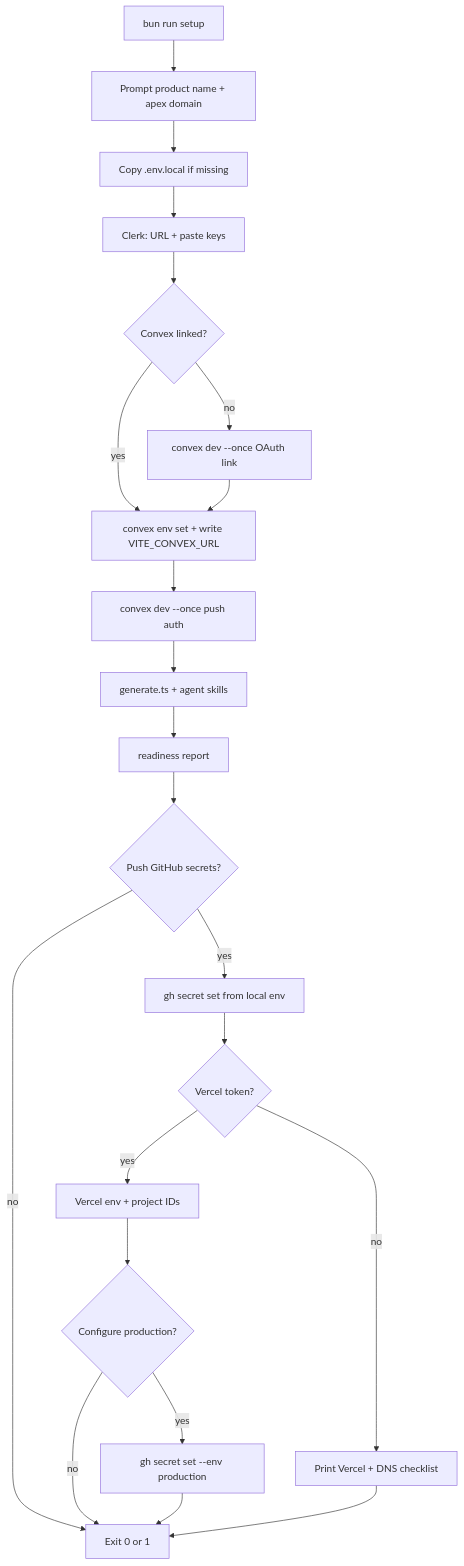
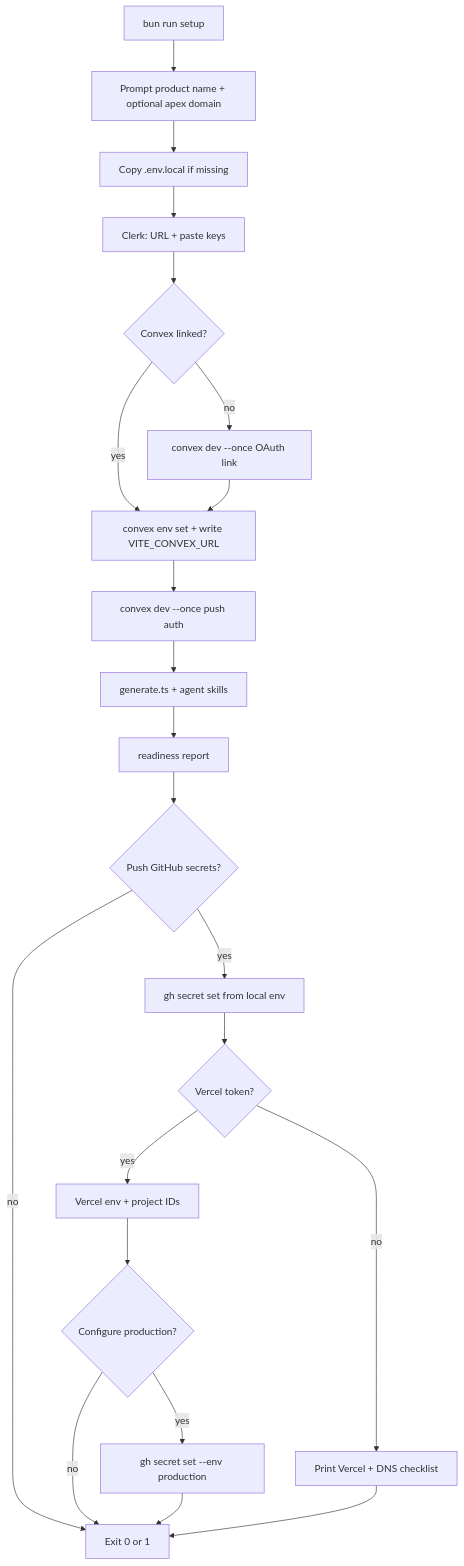
The diagram in docs/setup-automation.md (PeterHewat/Reactor), drawn with Mermaid before and after one commit. The commit also changed other lines of this file and 61 other files, not shown here.

````diff
--- a/docs/setup-automation.md
+++ b/docs/setup-automation.md
@@ -168,24 +172,24 @@
 ```mermaid
 flowchart TD
-  start[bun run setup] --> identity[Prompt product name + apex domain]
+  start[bun run setup] --> identity[Prompt product name + optional apex domain]
   identity --> scaffold[Copy .env.local if missing]
   scaffold --> clerk[Clerk: URL + paste keys]
   clerk --> convex{Convex linked?}
   convex -->|no| convexLink[convex dev --once OAuth link]
   convex -->|yes| convexEnv[convex env set + write VITE_CONVEX_URL]
   convexLink --> convexEnv
   convexEnv --> convexPush[convex dev --once push auth]
   convexPush --> codegen[generate.ts + agent skills]
   codegen --> readiness[readiness report]
   readiness --> ci{Push GitHub secrets?}
   ci -->|yes| ghSecrets[gh secret set from local env]
   ci -->|no| done[Exit 0 or 1]
   ghSecrets --> vercel{Vercel token?}
   vercel -->|yes| vercelBootstrap[Vercel env + project IDs]
   vercel -->|no| checklist[Print Vercel + DNS checklist]
   vercelBootstrap --> prod{Configure production?}
   prod -->|yes| prodSecrets[gh secret set --env production]
   prod -->|no| done
   prodSecrets --> done
   checklist --> done
 ```
````
